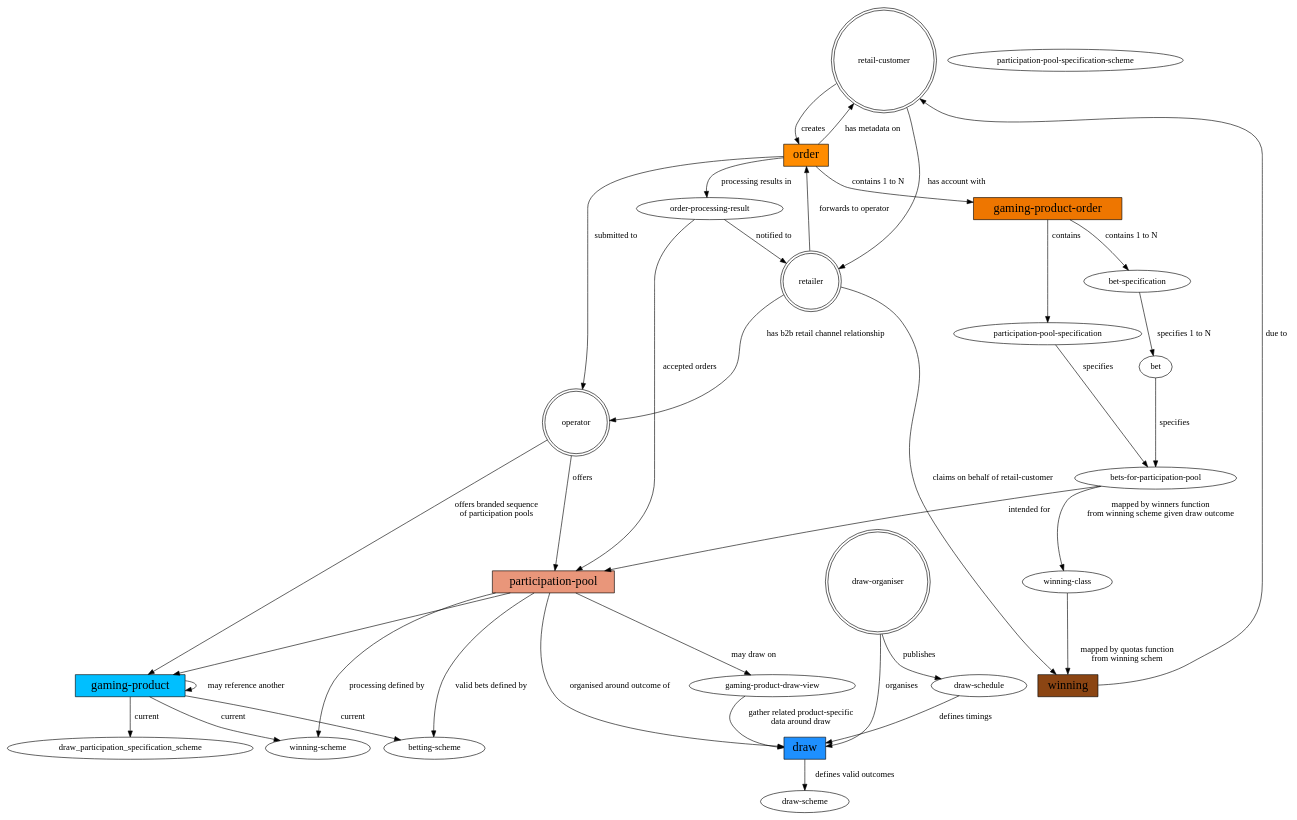
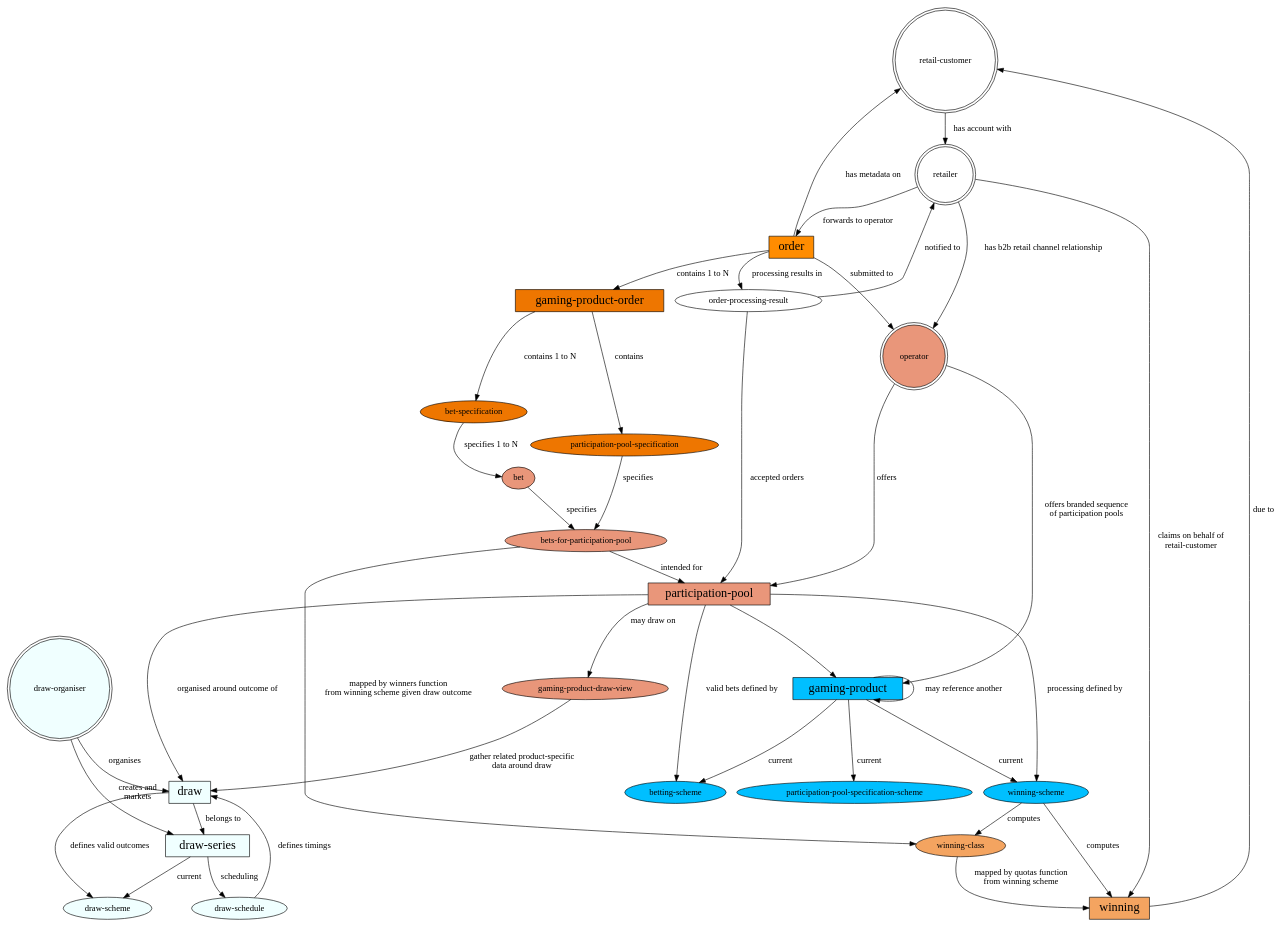
Before and after one commit to lotteries-io/lotteries-io.github.io: the diagram in _dot/lotteries.dot, drawn with Graphviz. The commit also changed 12 other files, not shown here.

```diff
--- a/_dot/lotteries.dot
+++ b/_dot/lotteries.dot
@@ -1,78 +1,87 @@
 digraph lotteries {
     retail_customer[label="retail-customer",shape="doublecircle"];
     gaming_product_order[label="gaming-product-order", shape="box", fontsize="20", style="filled", fillcolor="darkorange2"];
     participation_pool[label="participation-pool", shape=box, fontsize="20", style="filled", fillcolor="darksalmon"];
-    bets_for_participation_pool[label="bets-for-participation-pool"];
+    bets_for_participation_pool[label="bets-for-participation-pool",style="filled", fillcolor="darksalmon"];
     gaming_product[label="gaming-product",shape="box", fontsize="20", style="filled", fillcolor="deepskyblue1"];
-    betting_scheme[label="betting-scheme"];
-    participation_pool_specification_scheme[label="participation-pool-specification-scheme"];
-    winning_scheme[label="winning-scheme"];
-    draw_schedule[label="draw-schedule"];
-    draw_organiser[label="draw-organiser"];
-    draw_scheme[label="draw-scheme"];
-    bet_specification[label="bet-specification"];
-    participation_pool_specification[label="participation-pool-specification"];
-    winning_class[label="winning-class"];
-    gaming_product_draw_view[label="gaming-product-draw-view"]; 
+    betting_scheme[label="betting-scheme",style="filled", fillcolor="deepskyblue1"];
+    participation_pool_specification_scheme[label="participation-pool-specification-scheme",style="filled", fillcolor="deepskyblue1"];
+    winning_scheme[label="winning-scheme",style="filled", fillcolor="deepskyblue1"];
+    
+    draw_schedule[label="draw-schedule",style="filled",fillcolor="azure"];
+    draw_organiser[label="draw-organiser",style="filled",fillcolor="azure"];
+    draw_scheme[label="draw-scheme",style="filled",fillcolor="azure"];
+    draw_series[label="draw-series",shape="box", fontsize="20", style="filled", fillcolor="azure"];
+    draw[shape=box, fontsize="20", style="filled", fillcolor="azure"];
+    draw_organiser[shape="doublecircle", style="filled", fillcolor="azure"];
+    
+    bet_specification[label="bet-specification", style="filled",fillcolor="darkorange2"];
+    participation_pool_specification[label="participation-pool-specification", style="filled",fillcolor="darkorange2"];
+    winning_class[label="winning-class",style="filled", fillcolor="sandybrown"];
+    gaming_product_draw_view[label="gaming-product-draw-view",style="filled", fillcolor="darksalmon"]; 
     order_processing_result[label="order-processing-result"];
     order[shape=box, fontsize="20",fillcolor="darkorange",style="filled"];
-    winning[shape=box,fontsize="20",style="filled", fillcolor="chocolate4"];
-    draw[shape=box, fontsize="20", style="filled", fillcolor="dodgerblue"];
+    winning[shape=box,fontsize="20",style="filled", fillcolor="sandybrown"];
+    
     retailer[shape="doublecircle"];
-    operator[shape="doublecircle"];
-    draw_organiser[shape="doublecircle"];
+    operator[shape="doublecircle",style="filled", fillcolor="darksalmon"];
+    
+    bet[style="filled", fillcolor="darksalmon"];
 
  
     retail_customer -> retailer[label="has account with"];
-    retail_customer -> order[label="creates"];
     retailer -> order[label="forwards to operator"];
     
     retailer -> operator[label="has b2b retail channel relationship"]
     
     order -> gaming_product_order[label="contains 1 to N"];
     order -> retail_customer[label="has metadata on"];
     gaming_product_order -> bet_specification[label="contains 1 to N"];
     gaming_product_order -> participation_pool_specification[label="contains"];
     
     order -> operator[label="submitted to"];
     order -> order_processing_result[label="processing results in"];
     order_processing_result -> participation_pool[label="accepted orders"];
     order_processing_result -> retailer[label="notified to"];
     
     participation_pool_specification -> bets_for_participation_pool[label="specifies"];
     
     bet_specification -> bet[label="specifies 1 to N"];
     bet -> bets_for_participation_pool[label="specifies"];
     
     bets_for_participation_pool -> participation_pool[label="intended for"];
     
     bets_for_participation_pool -> winning_class[label="mapped by winners function\nfrom winning scheme given draw outcome"];
-    winning_class -> winning[label="mapped by quotas function\n from winning schem"];
+    winning_class -> winning[label="mapped by quotas function\n from winning scheme"];
+    winning_scheme -> winning_class[label="computes"];
+    winning_scheme -> winning[label="computes"];
     
-    retailer -> winning[label="claims on behalf of retail-customer"];
+    retailer -> winning[label="claims on behalf of\nretail-customer"];
     winning -> retail_customer[label="due to"];
     
     operator -> participation_pool[label="offers"];
     operator -> gaming_product[label="offers branded sequence\n of participation pools"];
     
     gaming_product -> betting_scheme[label="current"];
-    gaming_product -> draw_participation_specification_scheme[label="current"];
+    gaming_product -> participation_pool_specification_scheme[label="current"];
     gaming_product -> winning_scheme[label="current"];
     gaming_product -> gaming_product[label="may reference another"];
 
     
     participation_pool -> draw[label="organised around outcome of"];
     participation_pool -> gaming_product;
     participation_pool -> betting_scheme[label="valid bets defined by"];
     participation_pool -> winning_scheme[label="processing defined by"];
     participation_pool -> gaming_product_draw_view[label="may draw on"];
     
     gaming_product_draw_view -> draw[label="gather related product-specific\n data around draw"];
     
     draw -> draw_scheme[label="defines valid outcomes"];
+    draw -> draw_series[label="belongs to"];
     
     draw_schedule -> draw[label="defines timings"];
     draw_organiser -> draw[label="organises"];
-    draw_organiser -> draw_schedule[label="publishes"];
-    
+    draw_organiser -> draw_series[label="creates and\nmarkets"];
+    draw_series -> draw_schedule[label="scheduling"];
+    draw_series -> draw_scheme[label="current"];
 }
```
